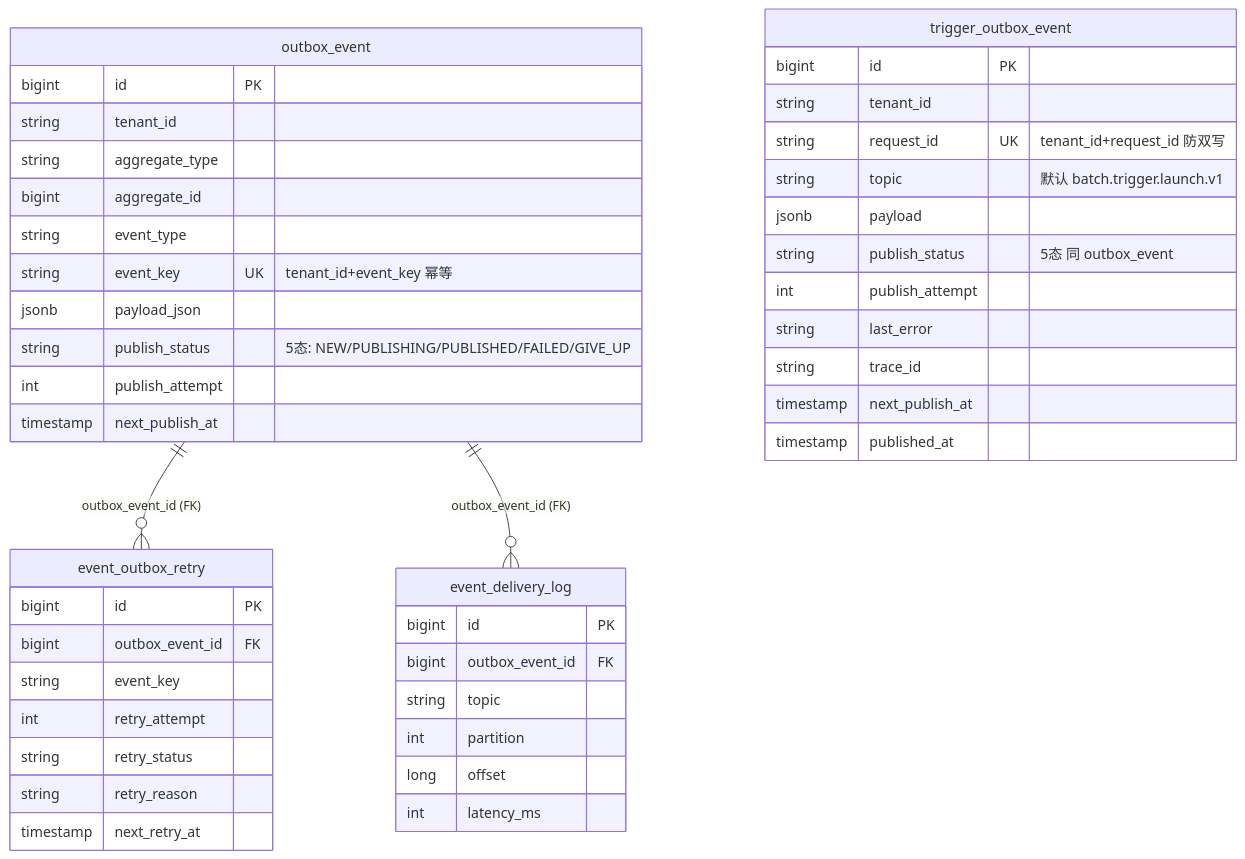
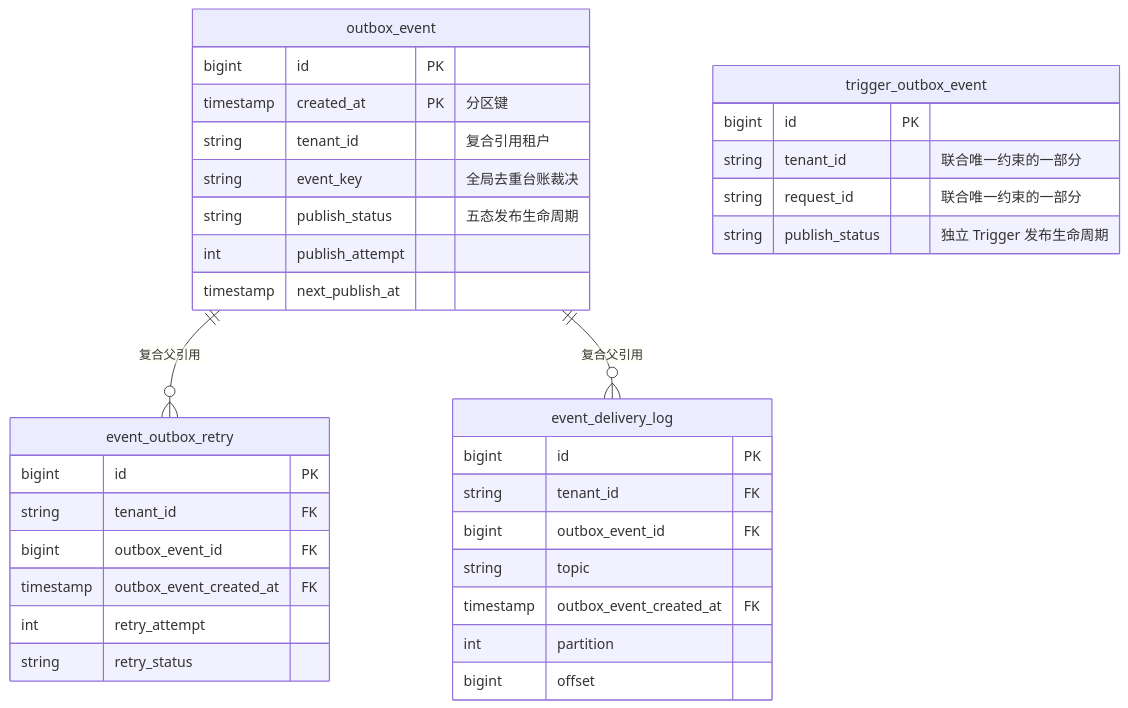
Before and after one commit to pinpols/file-batch-system: the diagram in docs/architecture/outbox-architecture.md, drawn with Mermaid. The commit also changed other lines of this file and 5032 other files, not shown here.

````diff
--- a/docs/architecture/outbox-architecture.md
+++ b/docs/architecture/outbox-architecture.md
@@ -9,51 +13,38 @@
 ```mermaid
+%%{init: {"flowchart":{"curve":"linear","nodeSpacing":32,"rankSpacing":48},"sequence":{"mirrorActors":false}}}%%
 erDiagram
-  outbox_event ||--o{ event_outbox_retry : "outbox_event_id (FK)"
-  outbox_event ||--o{ event_delivery_log : "outbox_event_id (FK)"
-
+  outbox_event ||--o{ event_outbox_retry : "复合父引用"
+  outbox_event ||--o{ event_delivery_log : "复合父引用"
   outbox_event {
     bigint id PK
-    string tenant_id
-    string aggregate_type
-    bigint aggregate_id
-    string event_type
-    string event_key UK "tenant_id+event_key 幂等"
-    jsonb payload_json
-    string publish_status "5态: NEW/PUBLISHING/PUBLISHED/FAILED/GIVE_UP"
+    timestamp created_at PK "分区键"
+    string tenant_id "复合引用租户"
+    string event_key "全局去重台账裁决"
+    string publish_status "五态发布生命周期"
     int publish_attempt
     timestamp next_publish_at
   }
-
   event_outbox_retry {
     bigint id PK
+    string tenant_id FK
     bigint outbox_event_id FK
-    string event_key
+    timestamp outbox_event_created_at FK
     int retry_attempt
     string retry_status
-    string retry_reason
-    timestamp next_retry_at
   }
-
   event_delivery_log {
     bigint id PK
+    string tenant_id FK
     bigint outbox_event_id FK
     string topic
+    timestamp outbox_event_created_at FK
     int partition
-    long offset
-    int latency_ms
+    bigint offset
   }
-
   trigger_outbox_event {
     bigint id PK
-    string tenant_id
-    string request_id UK "tenant_id+request_id 防双写"
-    string topic "默认 batch.trigger.launch.v1"
-    jsonb payload
-    string publish_status "5态 同 outbox_event"
-    int publish_attempt
-    string last_error
-    string trace_id
-    timestamp next_publish_at
-    timestamp published_at
+    string tenant_id "联合唯一约束的一部分"
+    string request_id "联合唯一约束的一部分"
+    string publish_status "独立 Trigger 发布生命周期"
   }
 ```
````
